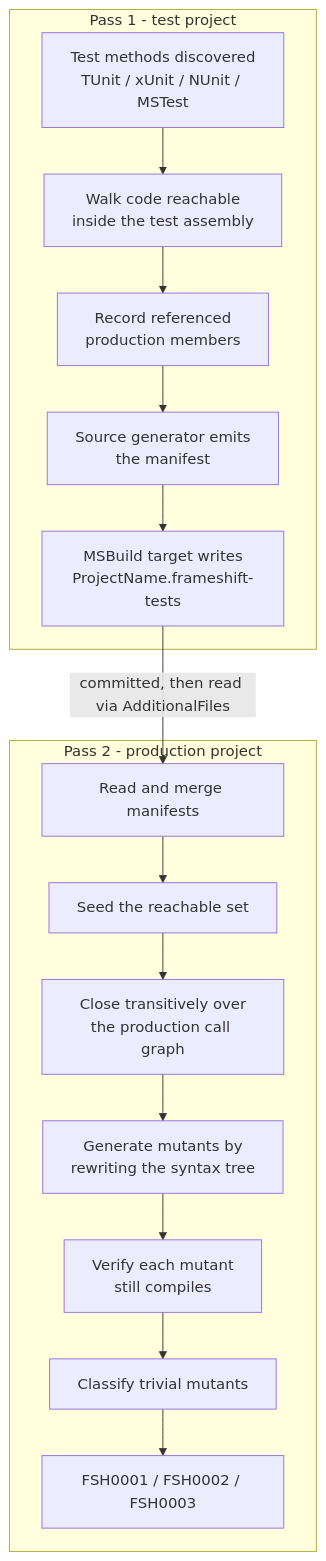
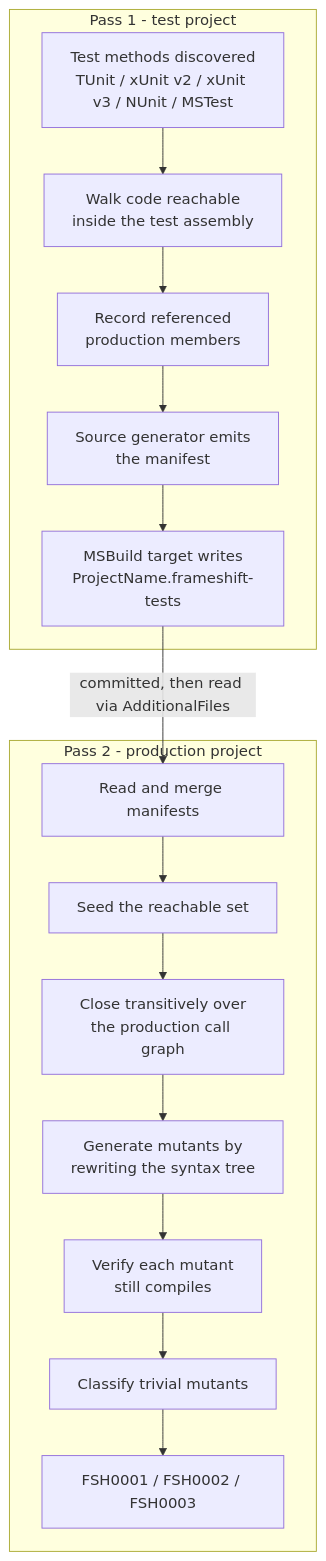
Before and after one commit to dailydevops/frameshift: the diagram in src/NetEvolve.FrameShift/README.md, drawn with Mermaid. The commit also changed other lines of this file and 30 other files, not shown here.

````diff
--- a/src/NetEvolve.FrameShift/README.md
+++ b/src/NetEvolve.FrameShift/README.md
@@ -178,20 +180,20 @@
 ```mermaid
 flowchart TD
     subgraph pass1["Pass 1 - test project"]
-        A["Test methods discovered<br/>TUnit / xUnit / NUnit / MSTest"] --> B["Walk code reachable<br/>inside the test assembly"]
+        A["Test methods discovered<br/>TUnit / xUnit v2 / xUnit v3 / NUnit / MSTest"] --> B["Walk code reachable<br/>inside the test assembly"]
         B --> C["Record referenced<br/>production members"]
         C --> D["Source generator emits<br/>the manifest"]
         D --> E["MSBuild target writes<br/>ProjectName.frameshift-tests"]
     end
 
     E -->|"committed, then read via AdditionalFiles"| F
 
     subgraph pass2["Pass 2 - production project"]
         F["Read and merge manifests"] --> G["Seed the reachable set"]
         G --> H["Close transitively over<br/>the production call graph"]
         H --> I["Generate mutants by<br/>rewriting the syntax tree"]
         I --> J["Verify each mutant<br/>still compiles"]
         J --> K["Classify trivial mutants"]
         K --> L["FSH0001 / FSH0002 / FSH0003"]
     end
 ```
````
